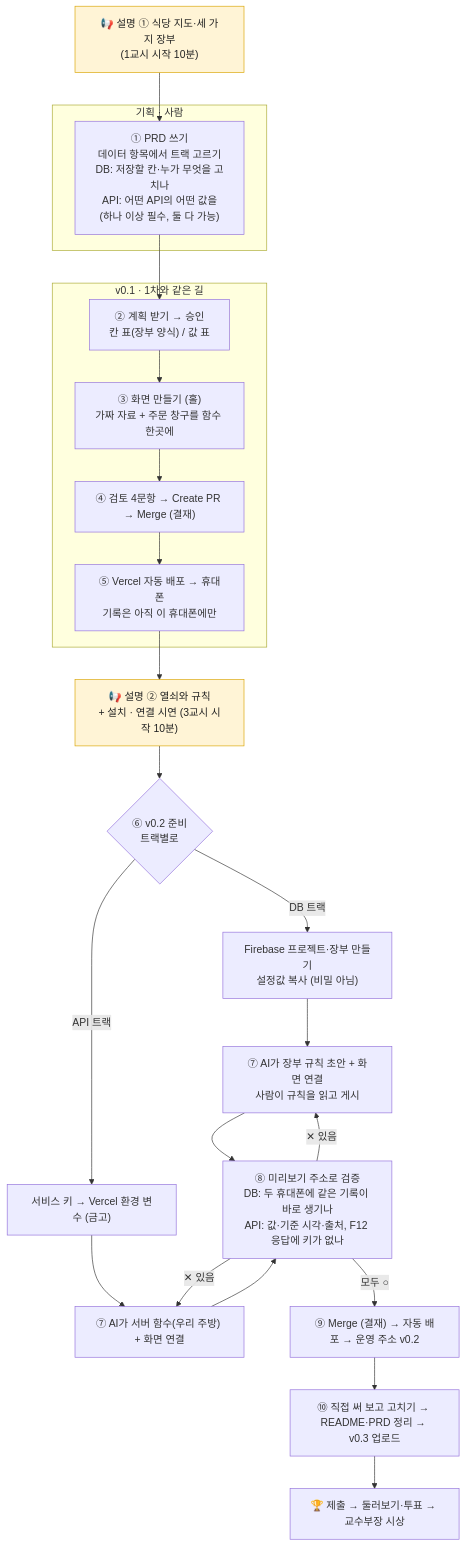
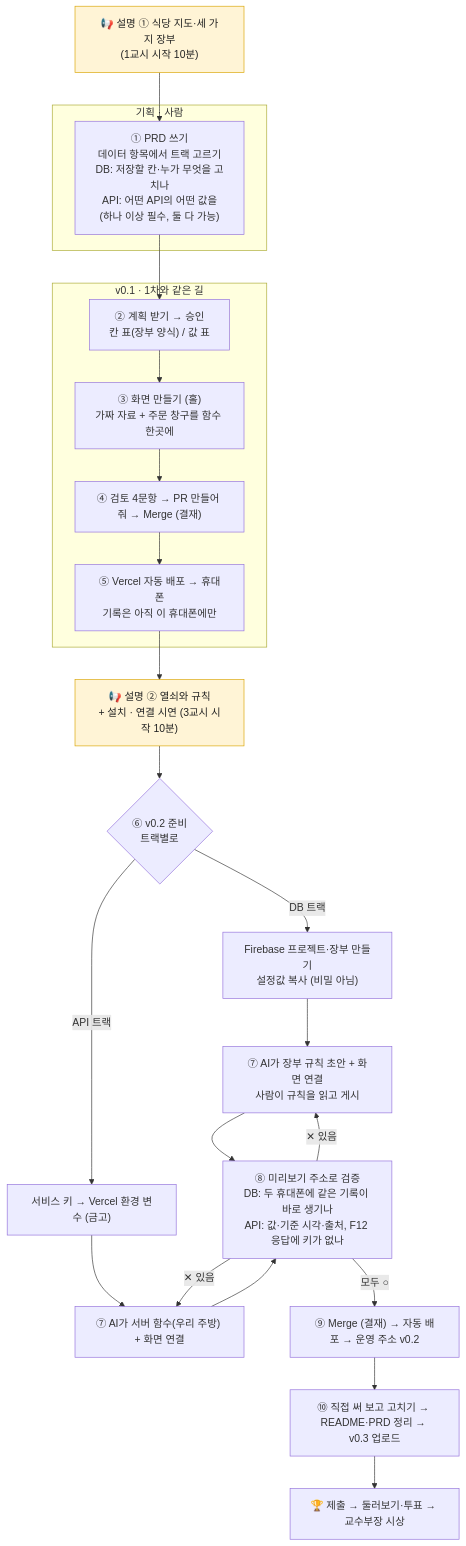
One commit to skydiver846/fire-ai-classroom changed the diagram in instructor/2차-흐름도.md. Above: the diagram before and after it, drawn with Mermaid. The commit also changed 6 other files, not shown here.

````diff
--- a/instructor/2차-흐름도.md
+++ b/instructor/2차-흐름도.md
@@ -13,35 +13,35 @@
 ```mermaid
 flowchart TD
     S1["📢 설명 ① 식당 지도·세 가지 장부<br/>(1교시 시작 10분)"]:::talk
 
     subgraph P["기획 · 사람"]
       A["① PRD 쓰기<br/>데이터 항목에서 트랙 고르기<br/>DB: 저장할 칸·누가 무엇을 고치나<br/>API: 어떤 API의 어떤 값을<br/>(하나 이상 필수, 둘 다 가능)"]
     end
 
     subgraph V1["v0.1 · 1차와 같은 길"]
       B["② 계획 받기 → 승인<br/>칸 표(장부 양식) / 값 표"] --> C["③ 화면 만들기 (홀)<br/>가짜 자료 + 주문 창구를 함수 한곳에"]
-      C --> D["④ 검토 4문항 → Create PR → Merge (결재)"]
+      C --> D["④ 검토 4문항 → PR 만들어 줘 → Merge (결재)"]
       D --> E["⑤ Vercel 자동 배포 → 휴대폰<br/>기록은 아직 이 휴대폰에만"]
     end
 
     S1 --> A
     A --> B
     E --> S2["📢 설명 ② 열쇠와 규칙<br/>+ 설치 · 연결 시연 (3교시 시작 10분)"]:::talk
     S2 --> F{"⑥ v0.2 준비<br/>트랙별로"}
 
     F -->|"DB 트랙"| G1["Firebase 프로젝트·장부 만들기<br/>설정값 복사 (비밀 아님)"]
     F -->|"API 트랙"| H1["서비스 키 → Vercel 환경 변수 (금고)"]
 
     G1 --> G2["⑦ AI가 장부 규칙 초안 + 화면 연결<br/>사람이 규칙을 읽고 게시"]
     H1 --> H2["⑦ AI가 서버 함수(우리 주방) + 화면 연결"]
 
     G2 --> I["⑧ 미리보기 주소로 검증<br/>DB: 두 휴대폰에 같은 기록이 바로 생기나<br/>API: 값·기준 시각·출처, F12 응답에 키가 없나"]
     H2 --> I
     I -->|"✕ 있음"| G2
     I -->|"✕ 있음"| H2
     I -->|"모두 ○"| J["⑨ Merge (결재) → 자동 배포 → 운영 주소 v0.2"]
     J --> K["⑩ 직접 써 보고 고치기 → README·PRD 정리 → v0.3 업로드"]
     K --> L["🏆 제출 → 둘러보기·투표 → 교수부장 시상"]
 
     classDef talk fill:#fff4d6,stroke:#d9a400,color:#222;
 ```
````
